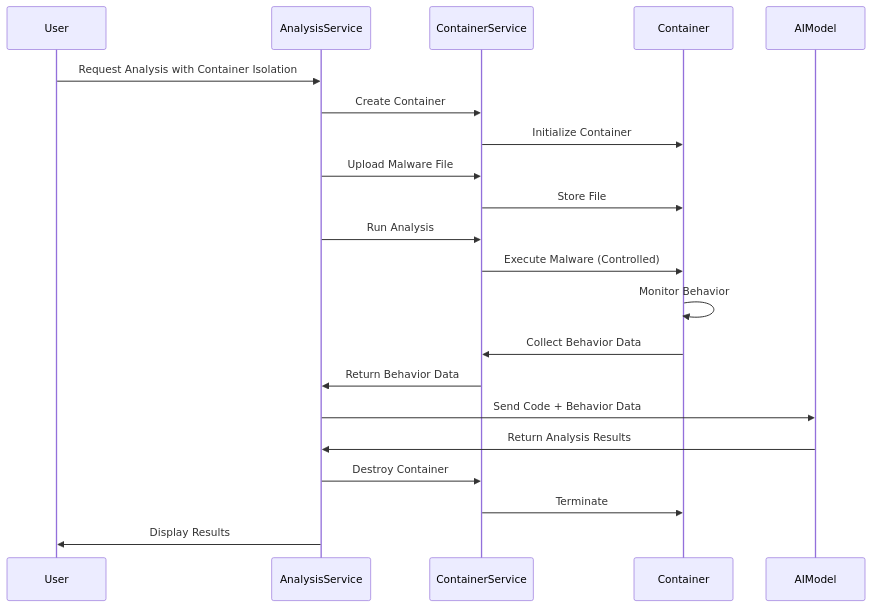
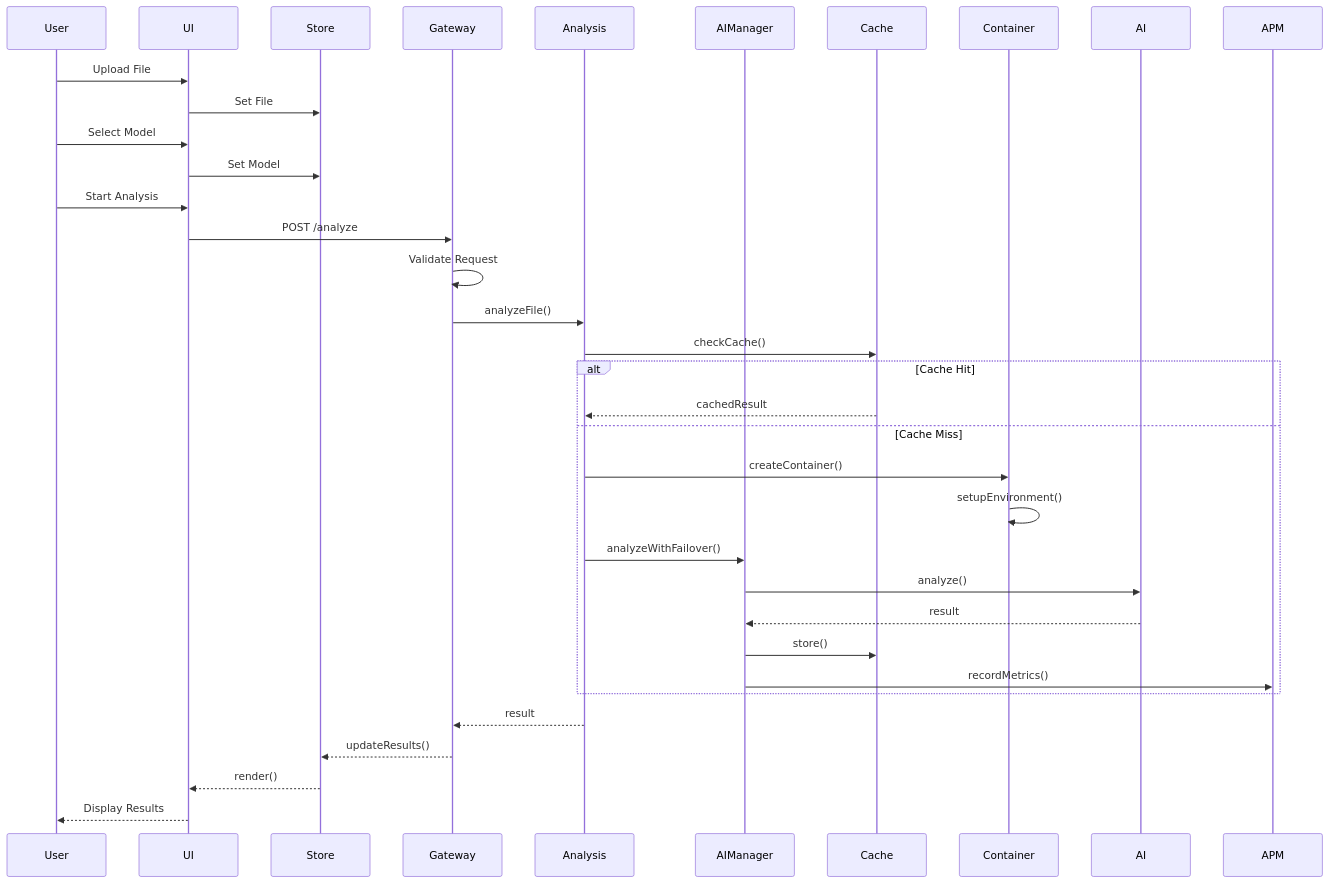
Diagram 18 of 24 in docs/ARCHITECTURE.md (radicalkjax/Athena), drawn with Mermaid before and after one commit. The commit also changed other lines of this file and 94 other files, not shown here.

````diff
--- a/docs/ARCHITECTURE.md
+++ b/docs/ARCHITECTURE.md
@@ -715,30 +685,44 @@
 ```mermaid
 sequenceDiagram
     participant User
-    participant AnalysisService
-    participant ContainerService
+    participant UI
+    participant Store
+    participant Gateway
+    participant Analysis
+    participant AIManager
+    participant Cache
     participant Container
-    participant AIModel
+    participant AI
+    participant APM
     
-    User->>AnalysisService: Request Analysis with Container Isolation
-    AnalysisService->>ContainerService: Create Container
-    ContainerService->>Container: Initialize Container
+    User->>UI: Upload File
+    UI->>Store: Set File
+    User->>UI: Select Model
+    UI->>Store: Set Model
+    User->>UI: Start Analysis
     
-    AnalysisService->>ContainerService: Upload Malware File
-    ContainerService->>Container: Store File
+    UI->>Gateway: POST /analyze
+    Gateway->>Gateway: Validate Request
+    Gateway->>Analysis: analyzeFile()
     
-    AnalysisService->>ContainerService: Run Analysis
-    ContainerService->>Container: Execute Malware (Controlled)
-    Container->>Container: Monitor Behavior
+    Analysis->>Cache: checkCache()
     
-    Container->>ContainerService: Collect Behavior Data
-    ContainerService->>AnalysisService: Return Behavior Data
+    alt Cache Hit
+        Cache-->>Analysis: cachedResult
+    else Cache Miss
+        Analysis->>Container: createContainer()
+        Container->>Container: setupEnvironment()
+        
+        Analysis->>AIManager: analyzeWithFailover()
+        AIManager->>AI: analyze()
+        AI-->>AIManager: result
+        
+        AIManager->>Cache: store()
+        AIManager->>APM: recordMetrics()
+    end
     
-    AnalysisService->>AIModel: Send Code + Behavior Data
-    AIModel->>AnalysisService: Return Analysis Results
-    
-    AnalysisService->>ContainerService: Destroy Container
-    ContainerService->>Container: Terminate
-    
-    AnalysisService->>User: Display Results
+    Analysis-->>Gateway: result
+    Gateway-->>Store: updateResults()
+    Store-->>UI: render()
+    UI-->>User: Display Results
 ```
````
